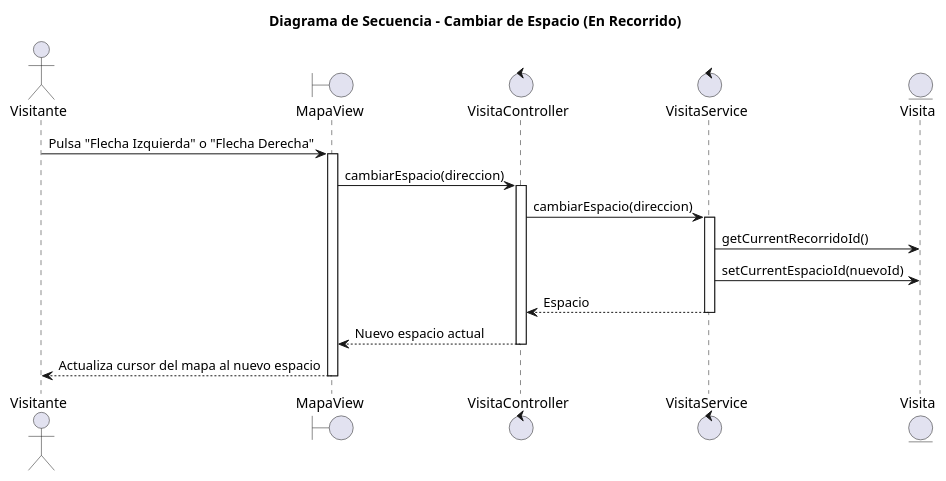
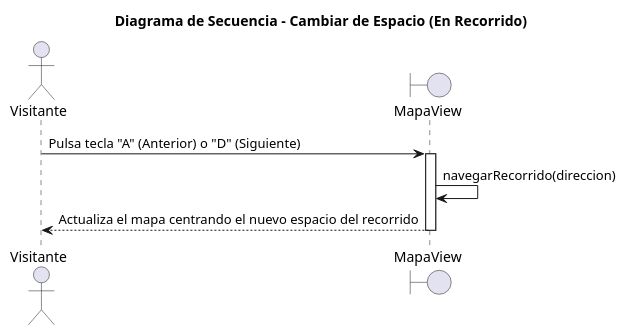
Before and after one commit to mmasias/25-26-idsw2-sdVC: the diagram in modelosUML/02-diseño/01-Visitante/cambiarDeEspacio/secuencia.puml, drawn with PlantUML. The commit also changed 16 other files, not shown here.

```diff
--- a/modelosUML/02-diseño/01-Visitante/cambiarDeEspacio/secuencia.puml
+++ b/modelosUML/02-diseño/01-Visitante/cambiarDeEspacio/secuencia.puml
@@ -1,25 +1,13 @@
 @startuml
 title "Diagrama de Secuencia - Cambiar de Espacio (En Recorrido)"
 
 actor "Visitante" as visitor
 boundary "MapaView" as view
-control "VisitaController" as controller
-control "VisitaService" as service
-entity "Visita" as visit
 
-visitor -> view: Pulsa "Flecha Izquierda" o "Flecha Derecha"
+visitor -> view: Pulsa tecla "A" (Anterior) o "D" (Siguiente)
 activate view
-view -> controller: cambiarEspacio(direccion)
-activate controller
-controller -> service: cambiarEspacio(direccion)
-activate service
-service -> visit: getCurrentRecorridoId()
-service -> visit: setCurrentEspacioId(nuevoId)
-service --> controller: Espacio
-deactivate service
-controller --> view: Nuevo espacio actual
-deactivate controller
-view --> visitor: Actualiza cursor del mapa al nuevo espacio
+view -> view: navegarRecorrido(direccion)
+view --> visitor: Actualiza el mapa centrando el nuevo espacio del recorrido
 deactivate view
 
 @enduml
```
